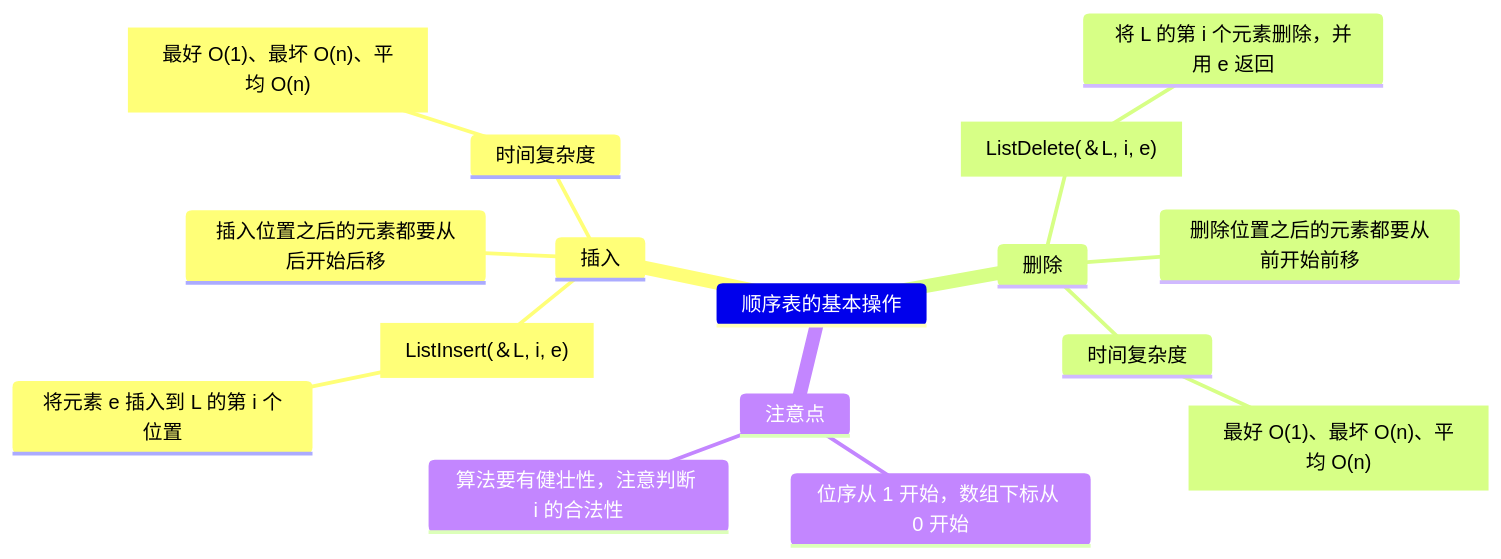
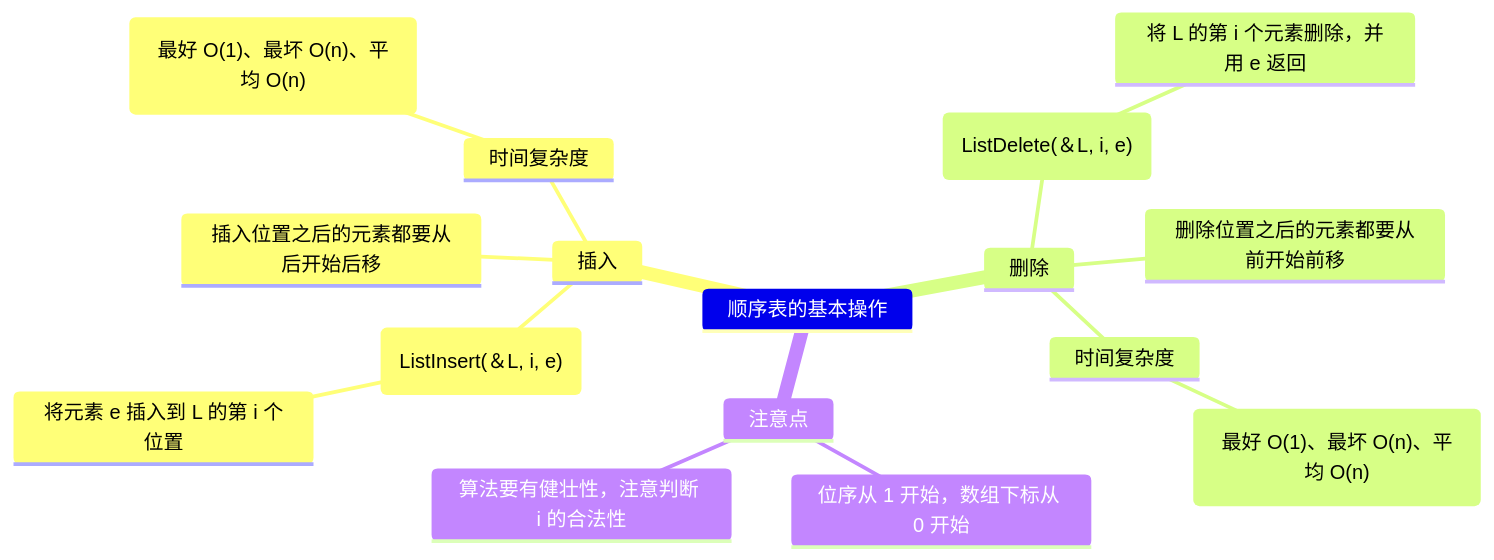
Diagram 12 of 15 in 数据结构.md (novpath/Data-Structure), drawn with Mermaid before and after one commit. The commit also changed other lines of this file and 11 other files, not shown here.

````diff
--- a/数据结构.md
+++ b/数据结构.md
@@ -1794,19 +1794,19 @@
 ```mermaid
 mindmap
     顺序表的基本操作
         插入
-            ["ListInsert(＆L, i, e)"]
+            ("ListInsert(＆L, i, e)")
                 将元素 e 插入到 L 的第 i 个位置
             插入位置之后的元素都要从后开始后移
             时间复杂度
-                ["最好 O(1)、最坏 O(n)、平均 O(n)"]
+                ("最好 O(1)、最坏 O(n)、平均 O(n)")
         删除
-            ["ListDelete(＆L, i, e)"]
+            ("ListDelete(＆L, i, e)")
                 将 L 的第 i 个元素删除，并用 e 返回
             删除位置之后的元素都要从前开始前移
             时间复杂度
-                ["最好 O(1)、最坏 O(n)、平均 O(n)"]
+                ("最好 O(1)、最坏 O(n)、平均 O(n)")
         注意点
             位序从 1 开始，数组下标从 0 开始
             算法要有健壮性，注意判断 i 的合法性
 ```
````
